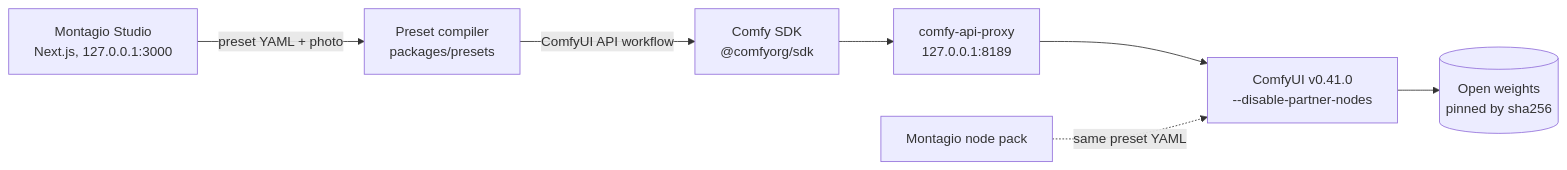
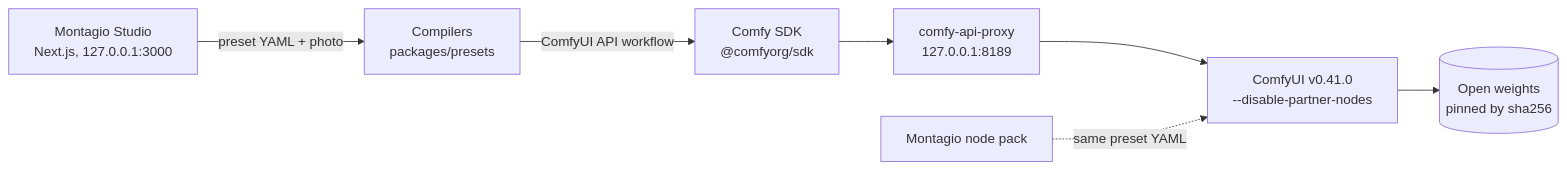
Before and after one commit to Jubzh-29/montagio: the diagram in README.md, drawn with Mermaid. The commit also changed other lines of this file and 31 other files, not shown here.

````diff
--- a/README.md
+++ b/README.md
@@ -141,9 +178,9 @@
 ```mermaid
 flowchart LR
-  studio["Montagio Studio<br/>Next.js, 127.0.0.1:3000"] -->|"preset YAML + photo"| compiler["Preset compiler<br/>packages/presets"]
+  studio["Montagio Studio<br/>Next.js, 127.0.0.1:3000"] -->|"preset YAML + photo"| compiler["Compilers<br/>packages/presets"]
   compiler -->|"ComfyUI API workflow"| sdk["Comfy SDK<br/>@comfyorg/sdk"]
   sdk --> proxy["comfy-api-proxy<br/>127.0.0.1:8189"]
   proxy --> comfy["ComfyUI v0.41.0<br/>--disable-partner-nodes"]
   comfy --> weights[("Open weights<br/>pinned by sha256")]
   nodes["Montagio node pack"] -.->|"same preset YAML"| comfy
 ```
````
